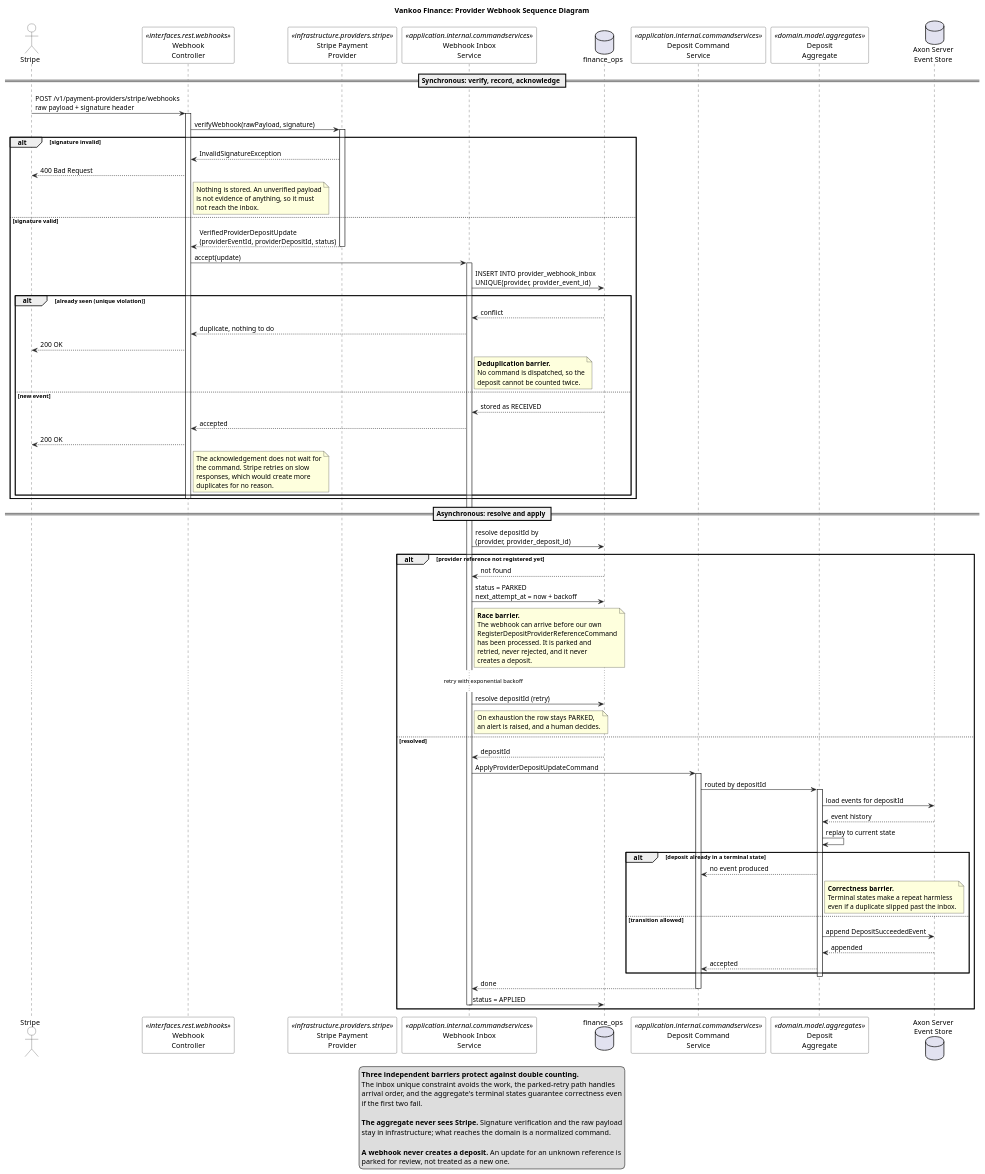
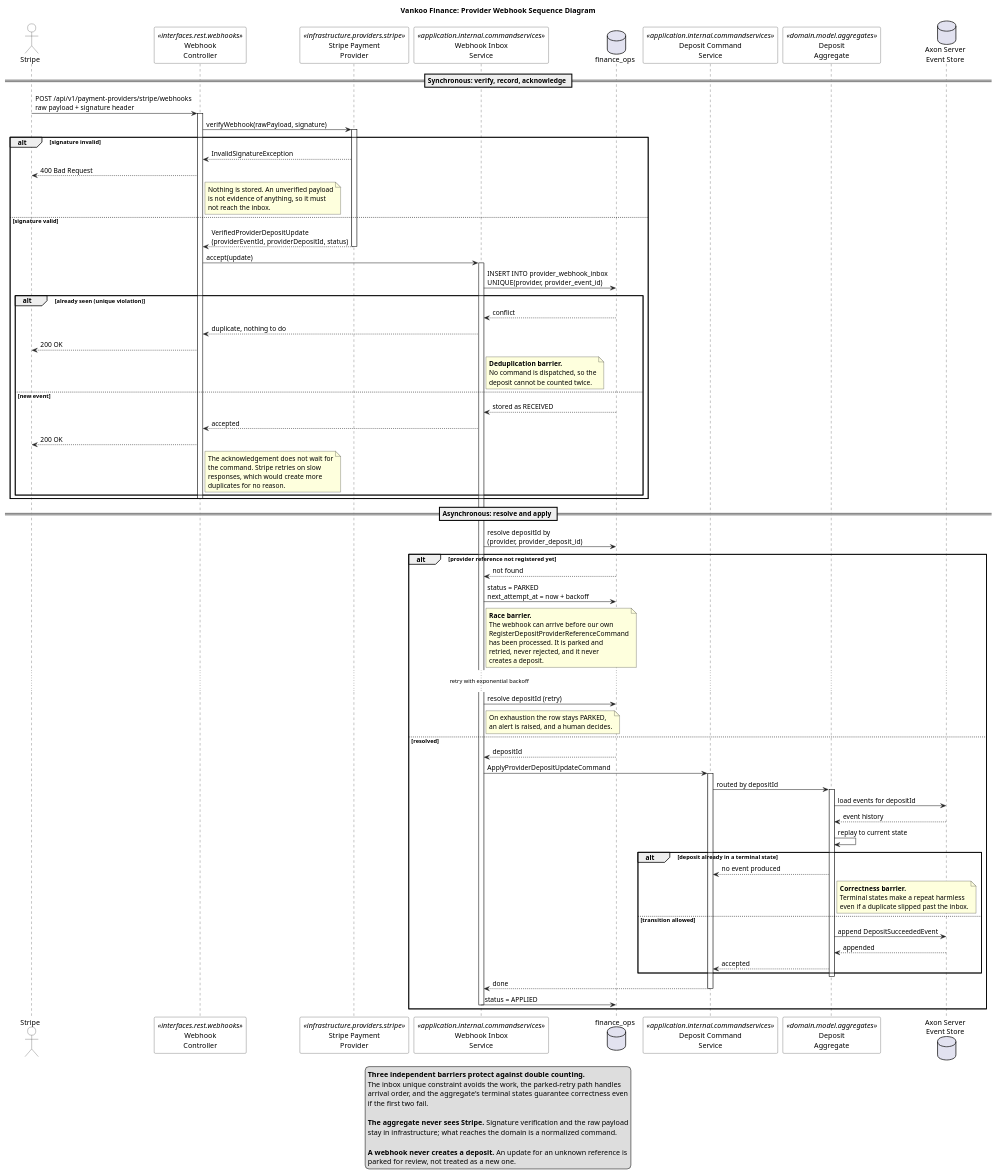
Before and after one commit to liquilabshq/vankoo-finance-service: the diagram in docs/uml/finance-webhook-sequence-diagram.puml, drawn with PlantUML. The commit also changed 16 other files, not shown here.

```diff
--- a/docs/uml/finance-webhook-sequence-diagram.puml
+++ b/docs/uml/finance-webhook-sequence-diagram.puml
@@ -1,140 +1,140 @@
 @startuml finance-webhook-sequence-diagram
 
 title Vankoo Finance: Provider Webhook Sequence Diagram
 
 skinparam shadowing false
 skinparam sequence {
     ArrowColor #212121
     LifeLineBorderColor #212121
     ParticipantBorderColor #212121
     ParticipantBackgroundColor #FFFFFF
     ActorBorderColor #212121
     ActorBackgroundColor #FFFFFF
 }
 
 actor "Stripe" as stripe
 participant "Webhook\nController" as ctrl <<interfaces.rest.webhooks>>
 participant "Stripe Payment\nProvider" as provider <<infrastructure.providers.stripe>>
 participant "Webhook Inbox\nService" as inbox <<application.internal.commandservices>>
 database "finance_ops" as ops
 participant "Deposit Command\nService" as cmd <<application.internal.commandservices>>
 participant "Deposit\nAggregate" as agg <<domain.model.aggregates>>
 database "Axon Server\nEvent Store" as store
 
 == Synchronous: verify, record, acknowledge ==
 
-stripe -> ctrl : POST /v1/payment-providers/stripe/webhooks\nraw payload + signature header
+stripe -> ctrl : POST /api/v1/payment-providers/stripe/webhooks\nraw payload + signature header
 activate ctrl
 
 ctrl -> provider : verifyWebhook(rawPayload, signature)
 activate provider
 
 alt signature invalid
     provider --> ctrl : InvalidSignatureException
     ctrl --> stripe : 400 Bad Request
     note right of ctrl
         Nothing is stored. An unverified payload
         is not evidence of anything, so it must
         not reach the inbox.
     end note
 else signature valid
     provider --> ctrl : VerifiedProviderDepositUpdate\n(providerEventId, providerDepositId, status)
     deactivate provider
 
     ctrl -> inbox : accept(update)
     activate inbox
     inbox -> ops : INSERT INTO provider_webhook_inbox\nUNIQUE(provider, provider_event_id)
 
     alt already seen (unique violation)
         ops --> inbox : conflict
         inbox --> ctrl : duplicate, nothing to do
         ctrl --> stripe : 200 OK
         note right of inbox
             <b>Deduplication barrier.</b>
             No command is dispatched, so the
             deposit cannot be counted twice.
         end note
     else new event
         ops --> inbox : stored as RECEIVED
         inbox --> ctrl : accepted
         ctrl --> stripe : 200 OK
         note right of ctrl
             The acknowledgement does not wait for
             the command. Stripe retries on slow
             responses, which would create more
             duplicates for no reason.
         end note
     end
     deactivate ctrl
 end
 
 == Asynchronous: resolve and apply ==
 
 inbox -> ops : resolve depositId by\n(provider, provider_deposit_id)
 
 alt provider reference not registered yet
     ops --> inbox : not found
     inbox -> ops : status = PARKED\nnext_attempt_at = now + backoff
     note right of inbox
         <b>Race barrier.</b>
         The webhook can arrive before our own
         RegisterDepositProviderReferenceCommand
         has been processed. It is parked and
         retried, never rejected, and it never
         creates a deposit.
     end note
 
     ...retry with exponential backoff...
 
     inbox -> ops : resolve depositId (retry)
     note right of inbox
         On exhaustion the row stays PARKED,
         an alert is raised, and a human decides.
     end note
 
 else resolved
     ops --> inbox : depositId
 
     inbox -> cmd : ApplyProviderDepositUpdateCommand
     activate cmd
     cmd -> agg : routed by depositId
     activate agg
 
     agg -> store : load events for depositId
     store --> agg : event history
     agg -> agg : replay to current state
 
     alt deposit already in a terminal state
         agg --> cmd : no event produced
         note right of agg
             <b>Correctness barrier.</b>
             Terminal states make a repeat harmless
             even if a duplicate slipped past the inbox.
         end note
     else transition allowed
         agg -> store : append DepositSucceededEvent
         store --> agg : appended
         agg --> cmd : accepted
     end
     deactivate agg
 
     cmd --> inbox : done
     deactivate cmd
     inbox -> ops : status = APPLIED
     deactivate inbox
 end
 
 legend bottom
   <b>Three independent barriers protect against double counting.</b>
   The inbox unique constraint avoids the work, the parked-retry path handles
   arrival order, and the aggregate's terminal states guarantee correctness even
   if the first two fail.
 
   <b>The aggregate never sees Stripe.</b> Signature verification and the raw payload
   stay in infrastructure; what reaches the domain is a normalized command.
 
   <b>A webhook never creates a deposit.</b> An update for an unknown reference is
   parked for review, not treated as a new one.
 endlegend
 
 @enduml
```
